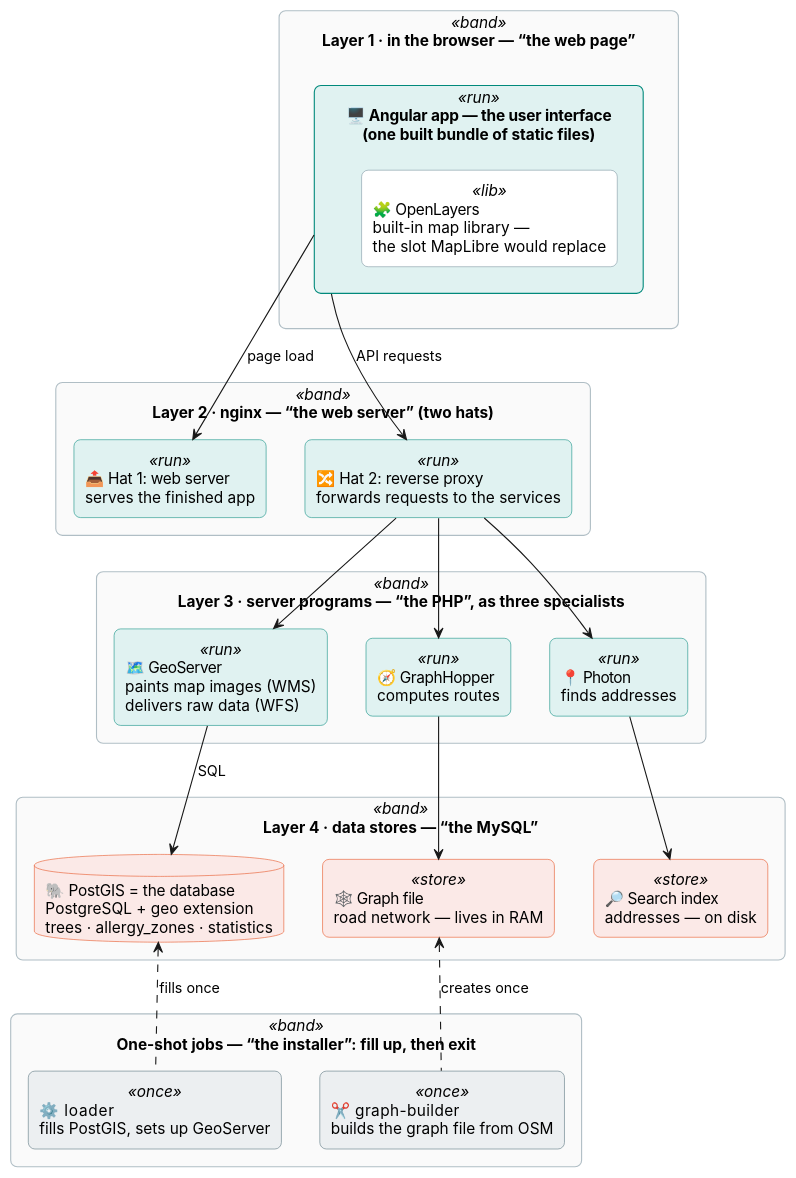
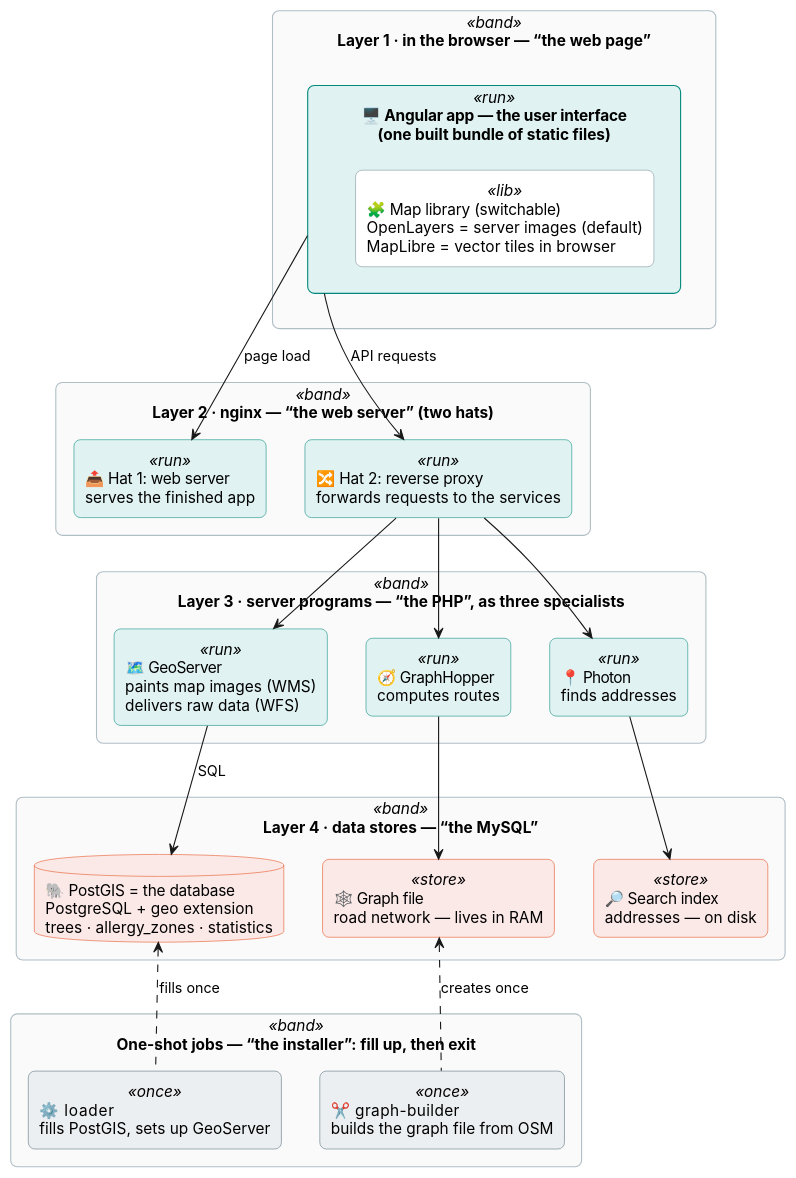
Before and after one commit to matthili/BaumRadar: the diagram in docs/architecture/10_webgis_layers_en.puml, drawn with PlantUML. The commit also changed 21 other files, not shown here.

Commit message:
The BaumRadar WebGIS documentation is now up to date and also includes the MapLibre version.

```diff
--- a/docs/architecture/10_webgis_layers_en.puml
+++ b/docs/architecture/10_webgis_layers_en.puml
@@ -1,66 +1,66 @@
 @startuml
 ' Layered view of the WebGIS, anchored in the classic model
 ' "browser -> web server -> server program -> database".
 ' Complements 08_webgis_architecture.puml (data-flow view) with the layer view.
 skinparam backgroundColor #FFFFFF
 skinparam componentStyle rectangle
 skinparam shadowing false
 skinparam defaultFontName Inter
 skinparam roundCorner 12
 skinparam rectangleFontColor black
 skinparam databaseFontColor black
 skinparam databaseBackgroundColor #FBE9E7
 skinparam databaseBorderColor #E64A19
 
 skinparam rectangle {
   BackgroundColor<<band>> #FAFAFA
   BorderColor<<band>> #B0BEC5
   BackgroundColor<<run>> #E0F2F1
   BorderColor<<run>> #00897B
   BackgroundColor<<lib>> #FFFFFF
   BorderColor<<lib>> #78909C
   BackgroundColor<<store>> #FBE9E7
   BorderColor<<store>> #E64A19
   BackgroundColor<<once>> #ECEFF1
   BorderColor<<once>> #546E7A
 }
 
 rectangle "Layer 1 · in the browser — “the web page”" as B1 <<band>> {
   rectangle "🖥️  Angular app — the user interface\n(one built bundle of static files)" as APP <<run>> {
-    rectangle "🧩  OpenLayers\nbuilt-in map library —\nthe slot MapLibre would replace" as OL <<lib>>
+    rectangle "🧩  Map library (switchable)\nOpenLayers = server images (default)\nMapLibre = vector tiles in browser" as OL <<lib>>
   }
 }
 
 rectangle "Layer 2 · nginx — “the web server” (two hats)" as B2 <<band>> {
   rectangle "📤  Hat 1: web server\nserves the finished app" as HUT1 <<run>>
   rectangle "🔀  Hat 2: reverse proxy\nforwards requests to the services" as HUT2 <<run>>
 }
 
 rectangle "Layer 3 · server programs — “the PHP”, as three specialists" as B3 <<band>> {
   rectangle "🗺️  GeoServer\npaints map images (WMS)\ndelivers raw data (WFS)" as GS <<run>>
   rectangle "🧭  GraphHopper\ncomputes routes" as GHOP <<run>>
   rectangle "📍  Photon\nfinds addresses" as PH <<run>>
 }
 
 rectangle "Layer 4 · data stores — “the MySQL”" as B4 <<band>> {
   database "🐘  PostGIS = the database\nPostgreSQL + geo extension\ntrees · allergy_zones · statistics" as PG
   rectangle "🕸️  Graph file\nroad network — lives in RAM" as GRAPH <<store>>
   rectangle "🔎  Search index\naddresses — on disk" as IDX <<store>>
 }
 
 rectangle "One-shot jobs — “the installer”: fill up, then exit" as B5 <<band>> {
   rectangle "⚙️  loader\nfills PostGIS, sets up GeoServer" as LOADER <<once>>
   rectangle "✂️  graph-builder\nbuilds the graph file from OSM" as GB <<once>>
 }
 
 APP -down-> HUT1 : page load
 APP -down-> HUT2 : API requests
 HUT2 -down-> GS
 HUT2 -down-> GHOP
 HUT2 -down-> PH
 GS -down-> PG : SQL
 GHOP -down-> GRAPH
 PH -down-> IDX
 LOADER .up.> PG : fills once
 GB .up.> GRAPH : creates once
 @enduml
```
